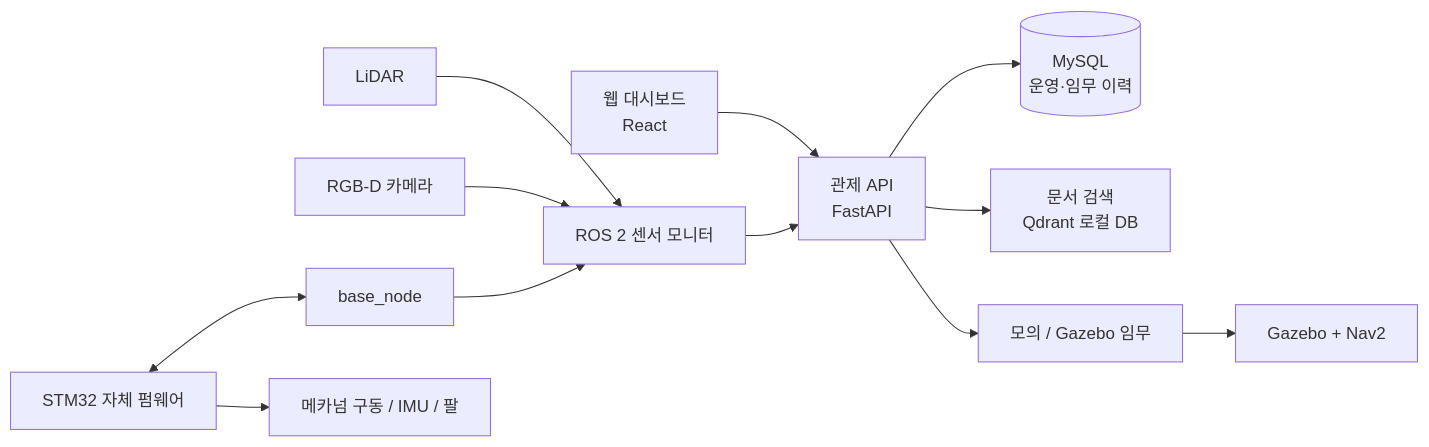
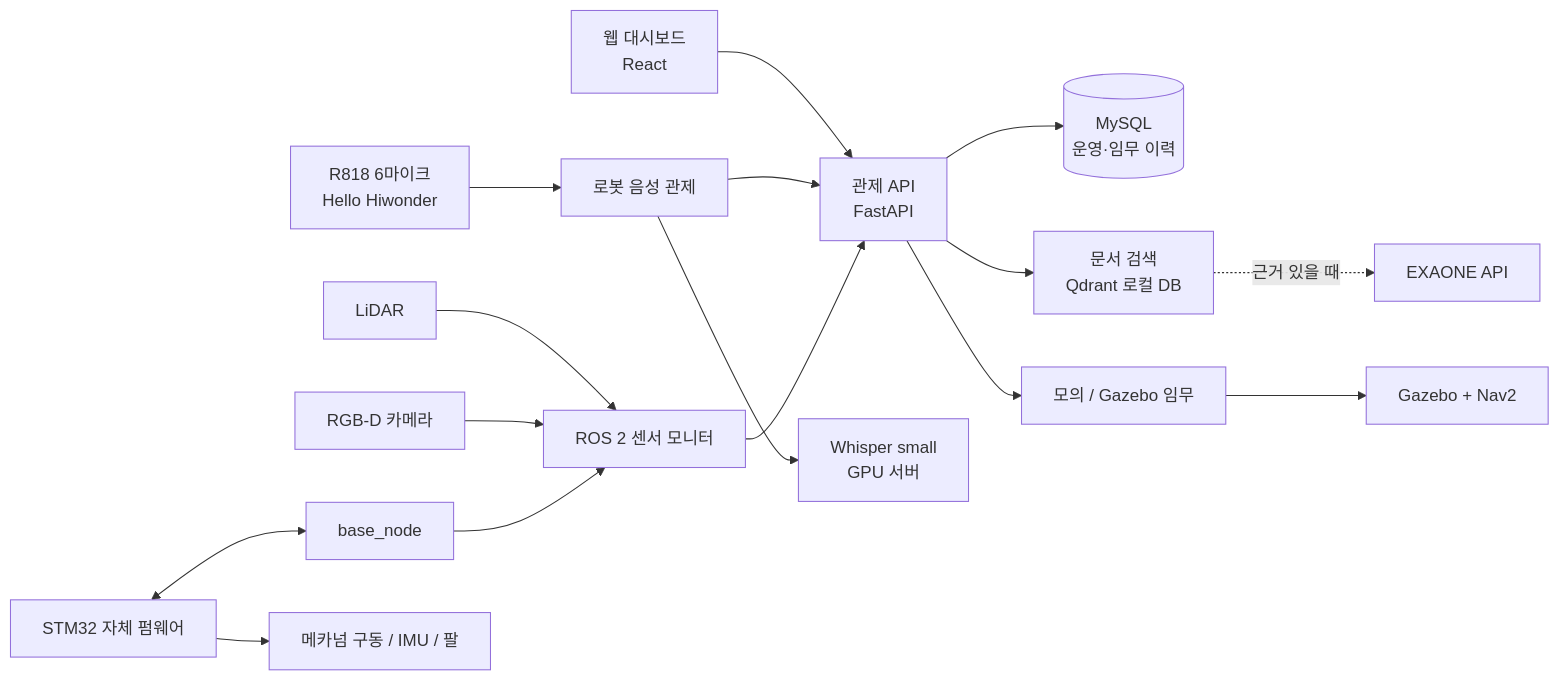
One commit to hinoonyaso/AI_rover changed the diagram in README.md. Above: the diagram before and after it, drawn with Mermaid. The commit also changed other lines of this file, not shown here.

Commit message:
docs: describe robot voice control, GPU STT and EXAONE-first answers in README

````diff
--- a/README.md
+++ b/README.md
@@ -157,14 +158,18 @@
 ```mermaid
 flowchart LR
     UI[웹 대시보드<br/>React] --> API[관제 API<br/>FastAPI]
     API --> DB[(MySQL<br/>운영·임무 이력)]
     API --> RAG[문서 검색<br/>Qdrant 로컬 DB]
+    RAG -.근거 있을 때.-> EXA[EXAONE API]
+    MIC[R818 6마이크<br/>Hello Hiwonder] --> VOICE[로봇 음성 관제]
+    VOICE --> STT[Whisper small<br/>GPU 서버]
+    VOICE --> API
     API --> SIM[모의 / Gazebo 임무]
     SIM --> NAV[Gazebo + Nav2]
     ROS[ROS 2 센서 모니터] --> API
     LIDAR[LiDAR] --> ROS
     CAM[RGB-D 카메라] --> ROS
     BASE[base_node] --> ROS
     MCU[STM32 자체 펌웨어] <--> BASE
     MCU --> DRIVE[메카넘 구동 / IMU / 팔]
 ```
````
